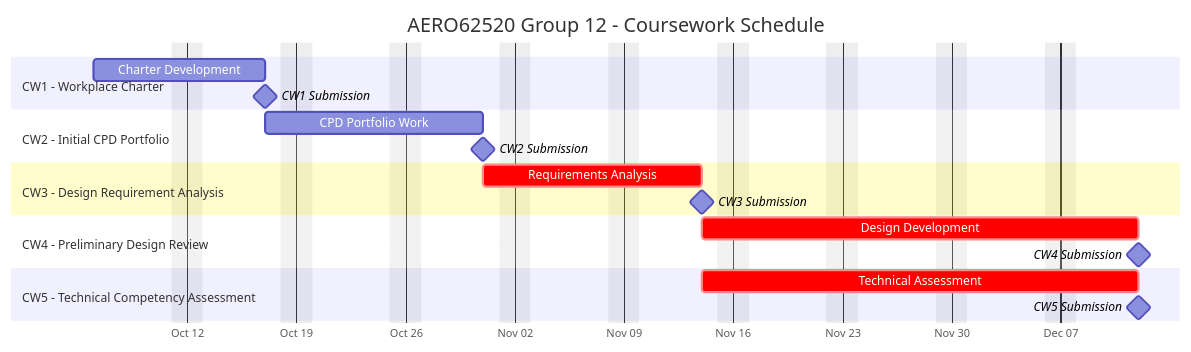
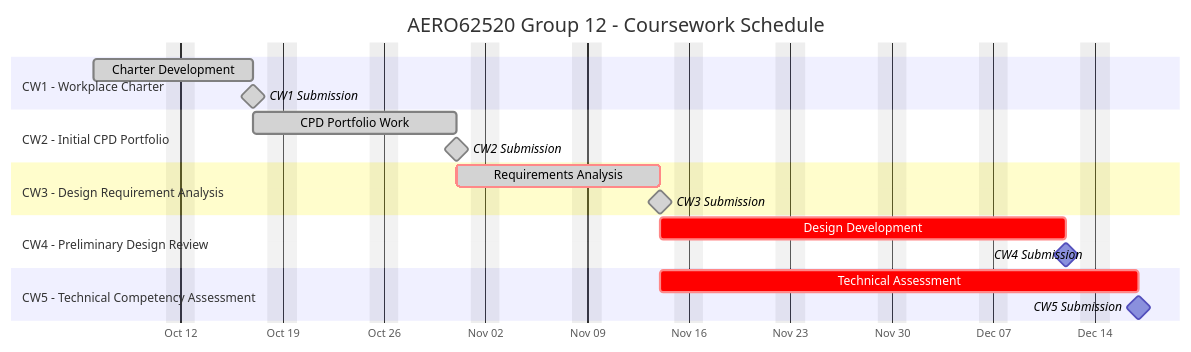
One commit to longchuanYoRHa/Group12_team_space changed the diagram in README.md. Above: the diagram before and after it, drawn with Mermaid. The commit also changed other lines of this file and 2 other files, not shown here.

````diff
--- a/README.md
+++ b/README.md
@@ -5,27 +5,27 @@
 ```mermaid
 gantt
     title AERO62520 Group 12 - Coursework Schedule
     dateFormat  YYYY-MM-DD
     axisFormat  %b %d
     excludes    weekends
 
     section CW1 - Workplace Charter
-    Charter Development    : cw1, 2025-10-06, 9d
-    CW1 Submission        : milestone, cw1_due, 2025-10-17, 0d
+    Charter Development    :done, cw1, 2025-10-06, 9d
+    CW1 Submission        :done, milestone, cw1_due, 2025-10-17, 0d
 
     section CW2 - Initial CPD Portfolio
-    CPD Portfolio Work     : cw2, 2025-10-17, 10d
-    CW2 Submission        : milestone, cw2_due, 2025-10-31, 0d
+    CPD Portfolio Work     :done, cw2, 2025-10-17, 10d
+    CW2 Submission        :done, milestone, cw2_due, 2025-10-31, 0d
 
     section CW3 - Design Requirement Analysis
-    Requirements Analysis  : crit, cw3, 2025-10-31, 10d
-    CW3 Submission        : milestone, cw3_due, 2025-11-14, 0d
+    Requirements Analysis  :done, crit, cw3, 2025-10-31, 10d
+    CW3 Submission        :done, milestone, cw3_due, 2025-11-14, 0d
 
     section CW4 - Preliminary Design Review
     Design Development     : crit, cw4, 2025-11-14, 20d
     CW4 Submission        : milestone, cw4_due, 2025-12-12, 0d
 
     section CW5 - Technical Competency Assessment
-    Technical Assessment   : crit, cw5, 2025-11-14, 20d
-    CW5 Submission        : milestone, cw5_due, 2025-12-12, 0d
+    Technical Assessment   : crit, cw5, 2025-11-14, 23d
+    CW5 Submission        : milestone, cw5_due, 2025-12-17, 0d
 ```
````
